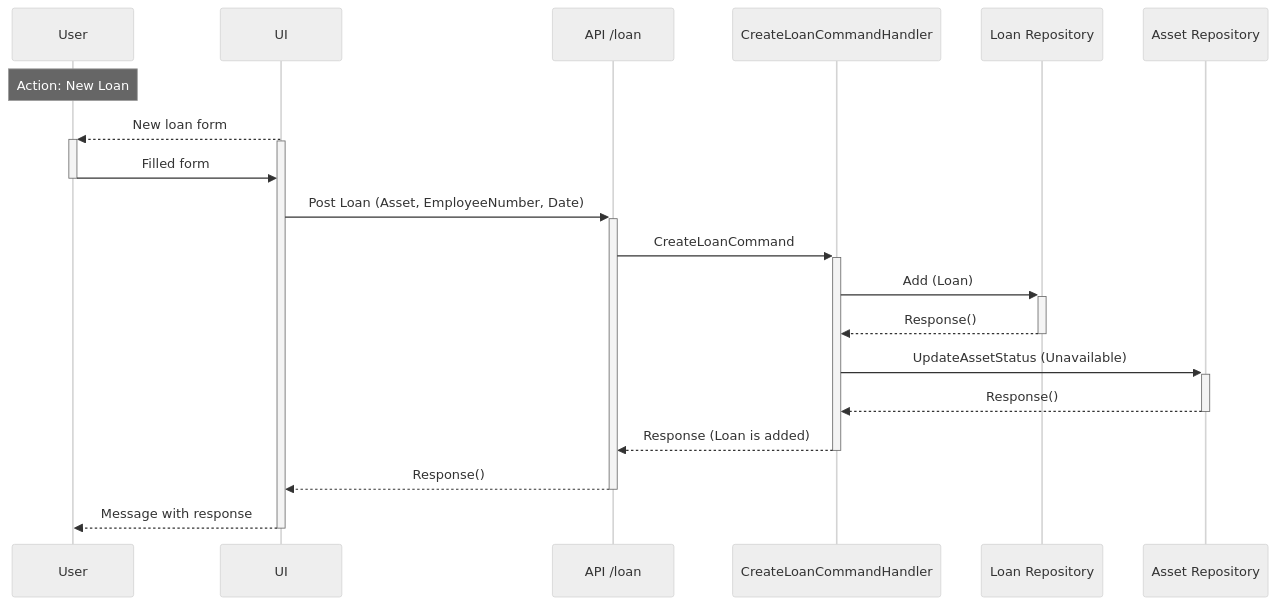
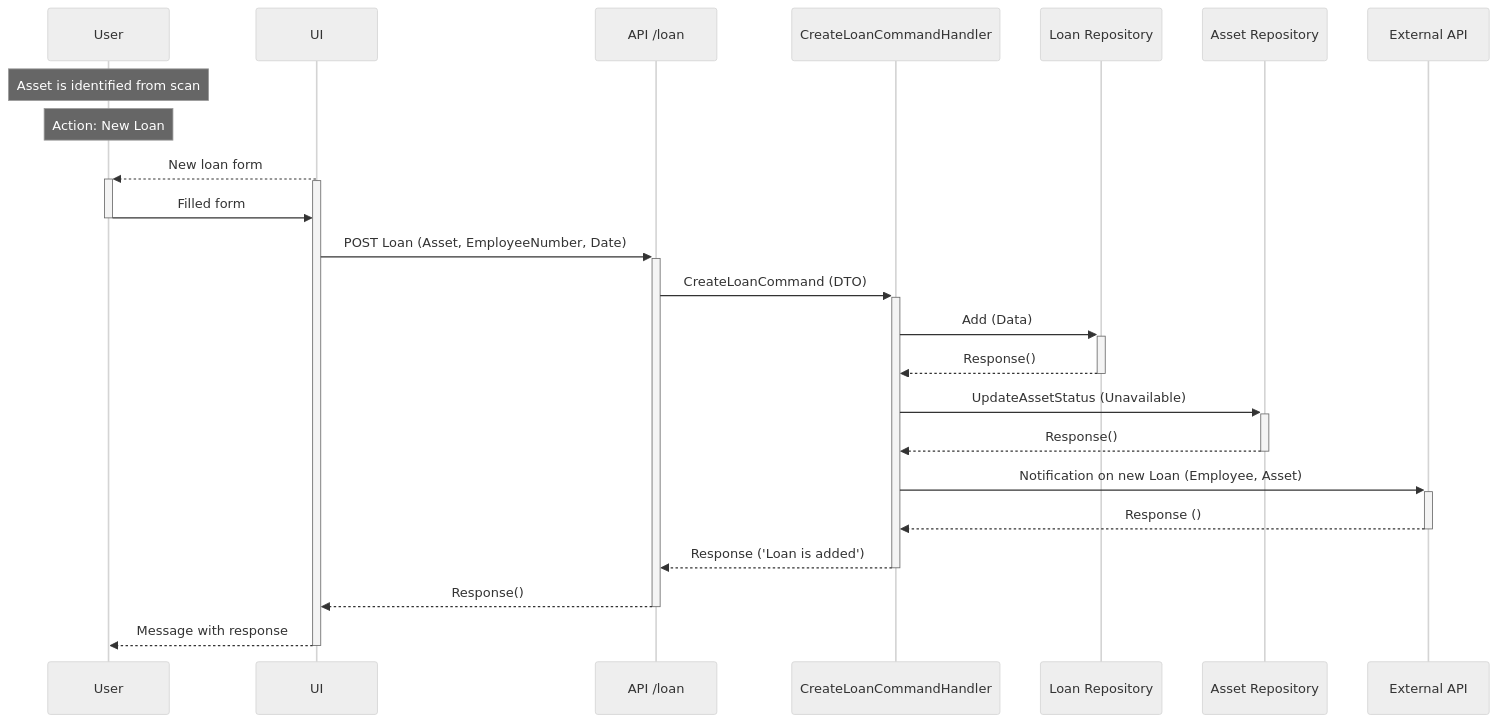
Before and after one commit to livun/bouvet-asset-hub: the first of 3 diagrams in docs/sequence-diagrams/loan-actions.md, drawn with Mermaid (neutral theme). The commit also changed other lines of this file and 9 other files, not shown here.

Commit message:
Finished with sequence diagrams

````diff
--- a/docs/sequence-diagrams/loan-actions.md
+++ b/docs/sequence-diagrams/loan-actions.md
@@ -4,21 +7,21 @@
 ```mermaid
 sequenceDiagram
-   
+    Note over User : Asset is identified from scan
     Note over User : Action: New Loan
     UI -->>+ User : New loan form
     Activate UI 
         User ->>- UI : Filled form
-            UI ->>+ API /loan : Post Loan (Asset, EmployeeNumber, Date)
-                API /loan ->>+ CreateLoanCommandHandler : CreateLoanCommand
-                    CreateLoanCommandHandler ->>+ Loan Repository : Add (Loan)
+            UI ->>+ API /loan : POST Loan (Asset, EmployeeNumber, Date)
+                API /loan ->>+ CreateLoanCommandHandler : CreateLoanCommand (DTO)
+                    CreateLoanCommandHandler ->>+ Loan Repository : Add (Data)
                     Loan Repository -->>- CreateLoanCommandHandler : Response()
                     CreateLoanCommandHandler ->>+ Asset Repository : UpdateAssetStatus (Unavailable)
                     Asset Repository -->>- CreateLoanCommandHandler : Response()   
-                CreateLoanCommandHandler -->>- API /loan : Response (Loan is added) 
+                    CreateLoanCommandHandler ->>+ External API : Notification on new Loan (Employee, Asset)
+                    External API -->>- CreateLoanCommandHandler : Response ()
+                CreateLoanCommandHandler -->>- API /loan : Response ('Loan is added') 
             API /loan -->>- UI : Response()
         UI -->> User : Message with response
     Deactivate UI
-        
-    
-    
+   
 ```
````
